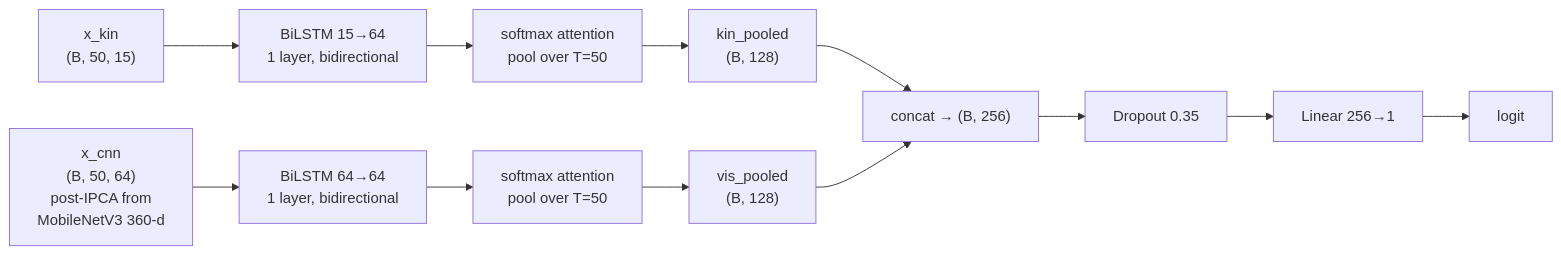
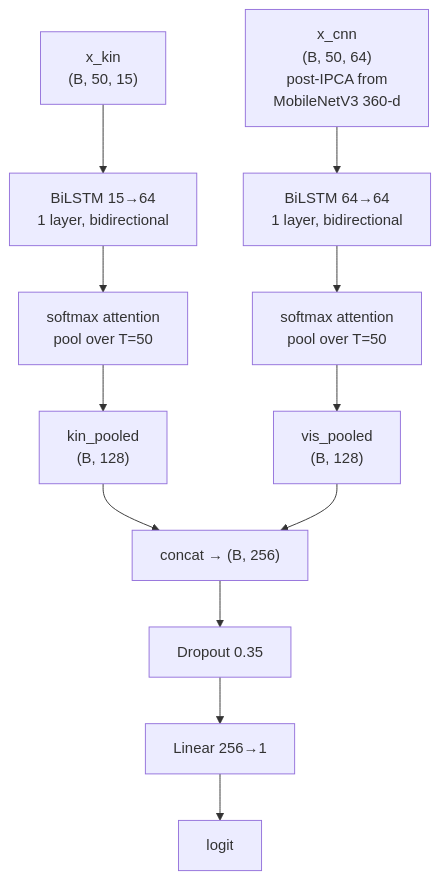
Before and after one commit to EdoardoBambini/grasp-predictor: the diagram in BLOG_POST.md, drawn with Mermaid.

Commit message:
BLOG_POST: switch architecture diagram orientation to top-down

````diff
--- a/BLOG_POST.md
+++ b/BLOG_POST.md
@@ -98,14 +98,14 @@
 ```mermaid
-flowchart LR
+flowchart TD
   kin["x_kin<br/>(B, 50, 15)"] --> BL1["BiLSTM 15&rarr;64<br/>1 layer, bidirectional"]
   BL1 --> A1["softmax attention<br/>pool over T=50"]
   A1 --> KP["kin_pooled<br/>(B, 128)"]
   vis["x_cnn<br/>(B, 50, 64)<br/>post-IPCA from<br/>MobileNetV3 360-d"] --> BL2["BiLSTM 64&rarr;64<br/>1 layer, bidirectional"]
   BL2 --> A2["softmax attention<br/>pool over T=50"]
   A2 --> VP["vis_pooled<br/>(B, 128)"]
   KP --> CAT["concat &rarr; (B, 256)"]
   VP --> CAT
   CAT --> DROP["Dropout 0.35"]
   DROP --> FC["Linear 256&rarr;1"]
   FC --> LOG["logit"]
 ```
````
